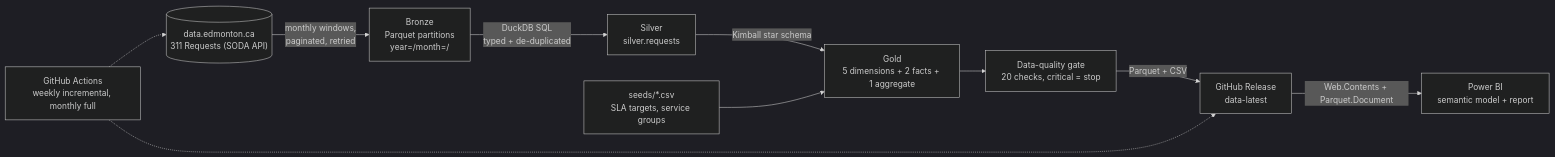
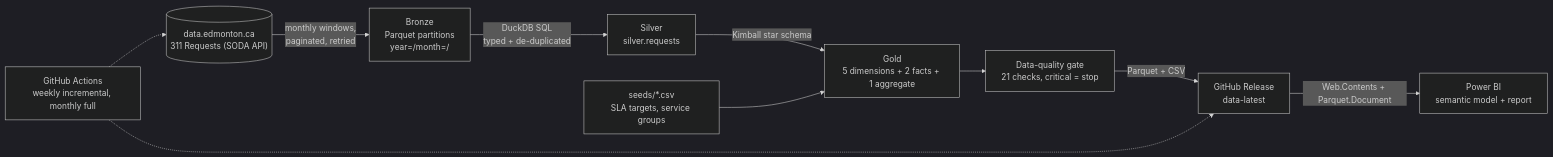
One commit to bl4ck0uc4st/edmonton-311-analytics changed the first of 2 diagrams in README.md. Above: the diagram before and after it, drawn with Mermaid (dark theme). The commit also changed other lines of this file and 5 other files, not shown here.

````diff
--- a/README.md
+++ b/README.md
@@ -50,12 +50,12 @@
 ```mermaid
 flowchart LR
     A[("data.edmonton.ca<br/>311 Requests (SODA API)")] -->|monthly windows,<br/>paginated, retried| B["Bronze<br/>Parquet partitions<br/>year=/month=/"]
     B -->|"DuckDB SQL<br/>typed + de-duplicated"| C["Silver<br/>silver.requests"]
     C -->|"Kimball star schema"| D["Gold<br/>5 dimensions + 2 facts + 1 aggregate"]
-    D --> E["Data-quality gate<br/>20 checks, critical = stop"]
+    D --> E["Data-quality gate<br/>21 checks, critical = stop"]
     E -->|Parquet + CSV| F["GitHub Release<br/>data-latest"]
     F -->|"Web.Contents + Parquet.Document"| G["Power BI<br/>semantic model + report"]
     H["GitHub Actions<br/>weekly incremental, monthly full"] -.-> A
     H -.-> F
     S["seeds/*.csv<br/>SLA targets, service groups"] --> D
 ```
````
